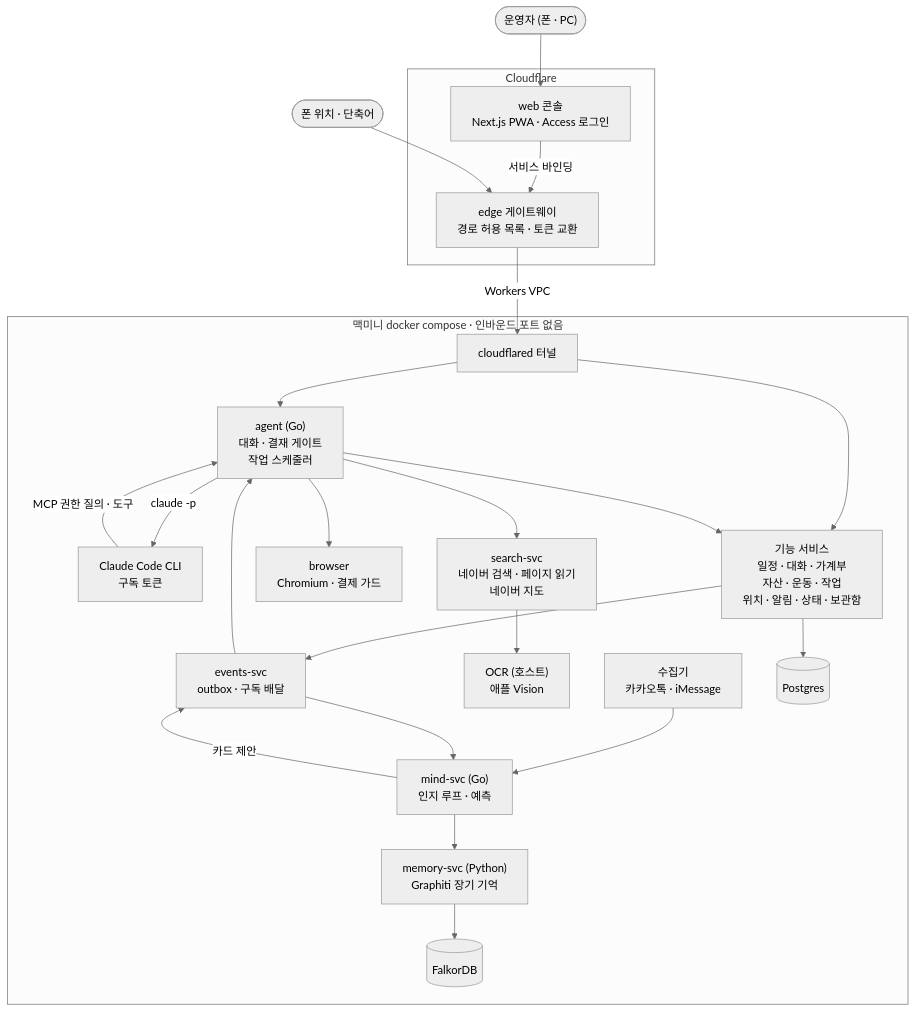
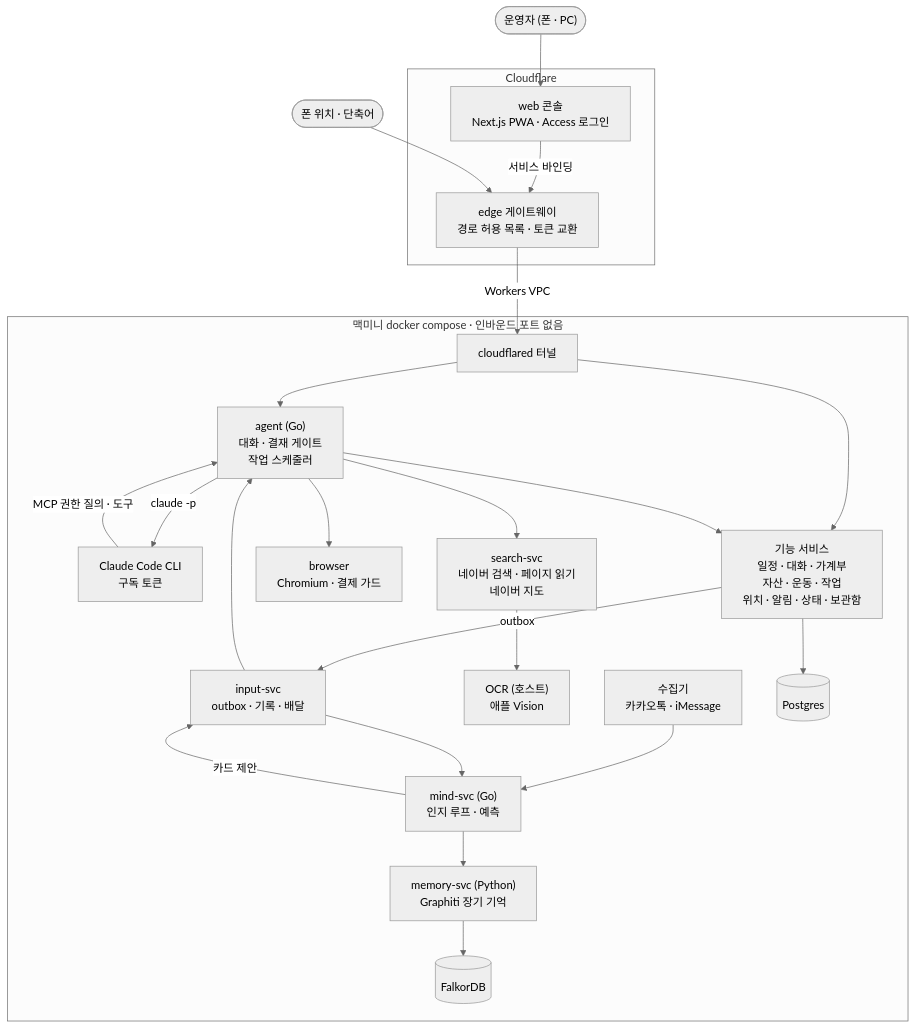
Before and after one commit to choigonyok/jarvis: the first of 2 diagrams in README.md, drawn with Mermaid (neutral theme). The commit also changed other lines of this file and 66 other files, not shown here.

````diff
--- a/README.md
+++ b/README.md
@@ -28,47 +28,47 @@
 ```mermaid
 flowchart TB
   me(["운영자 (폰 · PC)"])
   phone(["폰 위치 · 단축어"])
 
   subgraph cf["Cloudflare"]
     web["web 콘솔<br/>Next.js PWA · Access 로그인"]
     gw["edge 게이트웨이<br/>경로 허용 목록 · 토큰 교환"]
   end
 
   subgraph mini["맥미니 docker compose · 인바운드 포트 없음"]
     tunnel["cloudflared 터널"]
     agent["agent (Go)<br/>대화 · 결재 게이트<br/>작업 스케줄러"]
     cli["Claude Code CLI<br/>구독 토큰"]
     svc["기능 서비스<br/>일정 · 대화 · 가계부<br/>자산 · 운동 · 작업<br/>위치 · 알림 · 상태 · 보관함"]
-    events["events-svc<br/>outbox · 구독 배달"]
+    input["input-svc<br/>outbox · 기록 · 배달"]
     mind["mind-svc (Go)<br/>인지 루프 · 예측"]
     memory["memory-svc (Python)<br/>Graphiti 장기 기억"]
     browser["browser<br/>Chromium · 결제 가드"]
     search["search-svc<br/>네이버 검색 · 페이지 읽기<br/>네이버 지도"]
     ocr["OCR (호스트)<br/>애플 Vision"]
     collect["수집기<br/>카카오톡 · iMessage"]
     pg[("Postgres")]
     fk[("FalkorDB")]
   end
 
   me --> web
   web -- "서비스 바인딩" --> gw
   phone --> gw
   gw -- "Workers VPC" --> tunnel
   tunnel --> agent
   tunnel --> svc
   agent -- "claude -p" --> cli
   cli -- "MCP 권한 질의 · 도구" --> agent
   agent --> svc
   agent --> browser
   agent --> search
   search --> ocr
-  svc --> events
+  svc -- "outbox" --> input
   collect --> mind
-  events --> mind
-  mind -- "카드 제안" --> events
-  events --> agent
+  input --> mind
+  mind -- "카드 제안" --> input
+  input --> agent
   mind --> memory
   svc --> pg
   memory --> fk
 ```
````
